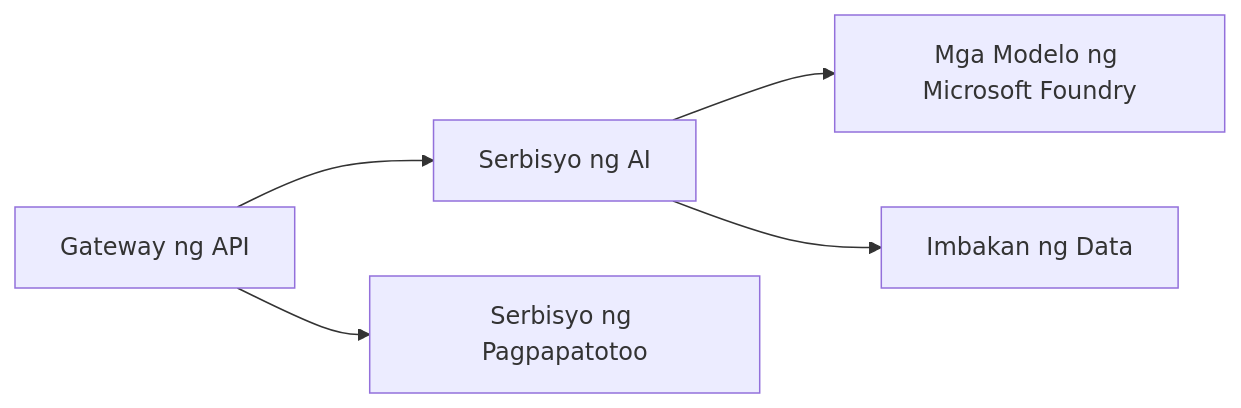
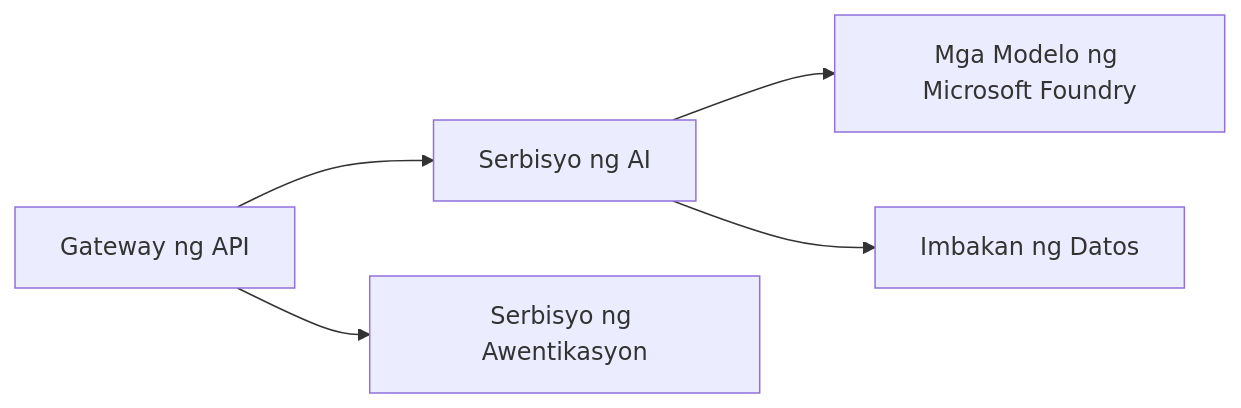
The first of 2 diagrams in translations/tl/docs/chapter-08-production/README.md (microsoft/AZD-for-beginners), drawn with Mermaid before and after one commit. The commit also changed other lines of this file and 104 other files, not shown here.

````diff
--- a/translations/tl/docs/chapter-08-production/README.md
+++ b/translations/tl/docs/chapter-08-production/README.md
@@ -48,6 +48,6 @@
 ```mermaid
 graph LR
     Gateway[Gateway ng API] --> AI[Serbisyo ng AI] --> Models[Mga Modelo ng Microsoft Foundry]
-    Gateway --> Auth[Serbisyo ng Pagpapatotoo]
-    AI --> Data[Imbakan ng Data]
+    Gateway --> Auth[Serbisyo ng Awentikasyon]
+    AI --> Data[Imbakan ng Datos]
 ```
````
